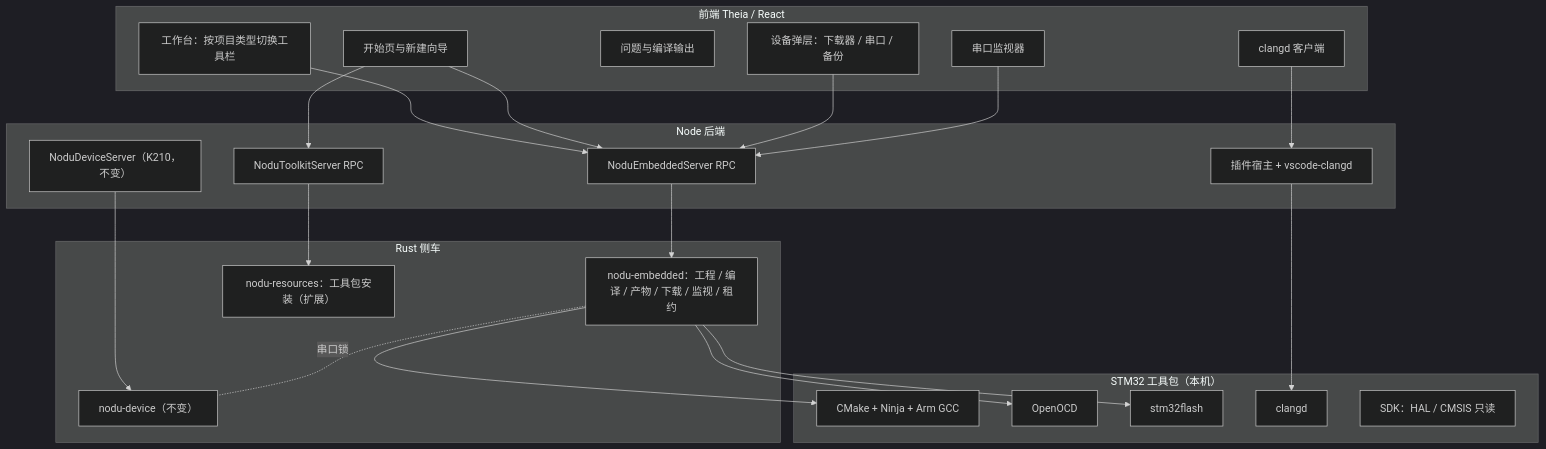
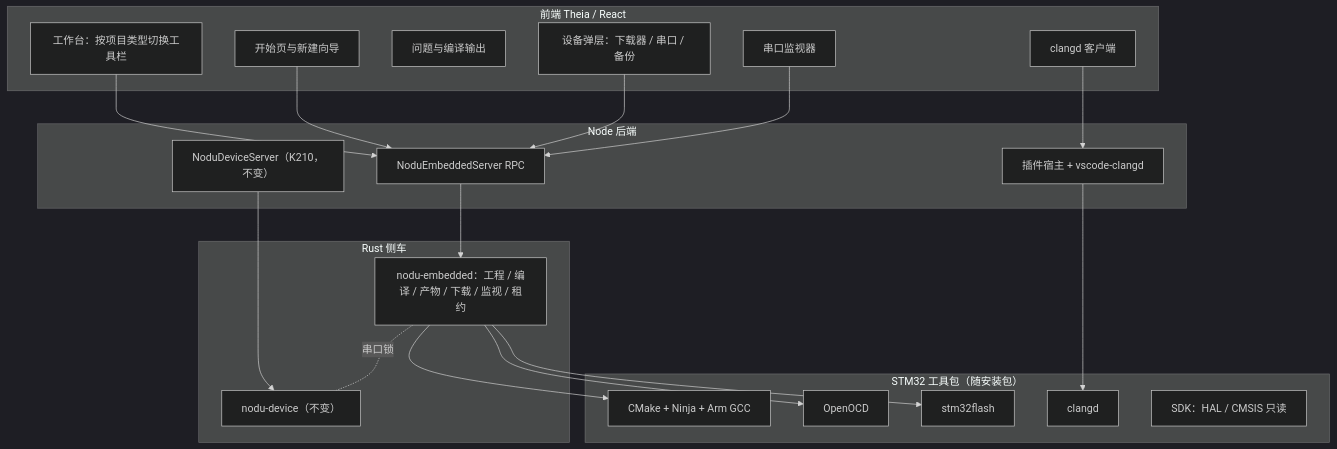
Before and after one commit to libai1024/nodu: the first of 3 diagrams in docs/0.2.1/FUNCTIONAL-DESIGN.md, drawn with Mermaid (dark theme). The commit also changed other lines of this file and 8 other files, not shown here.

First line of the commit message:
Bundle the STM32 toolkit into the installer in the 0.2.1 design

````diff
--- a/docs/0.2.1/FUNCTIONAL-DESIGN.md
+++ b/docs/0.2.1/FUNCTIONAL-DESIGN.md
@@ -7,42 +7,38 @@
 ```mermaid
 flowchart TB
   subgraph FE[前端 Theia / React]
     WB[工作台：按项目类型切换工具栏]
     WIZ[开始页与新建向导]
     PROB[问题与编译输出]
     MON[串口监视器]
     DEV[设备弹层：下载器 / 串口 / 备份]
     LSPC[clangd 客户端]
   end
   subgraph NODE[Node 后端]
     ES[NoduEmbeddedServer RPC]
-    TS[NoduToolkitServer RPC]
     KS[NoduDeviceServer（K210，不变）]
     PH[插件宿主 + vscode-clangd]
   end
   subgraph RUST[Rust 侧车]
     EMB[nodu-embedded：工程 / 编译 / 产物 / 下载 / 监视 / 租约]
-    RES[nodu-resources：工具包安装（扩展）]
     K210[nodu-device（不变）]
   end
-  subgraph TOOLS[STM32 工具包（本机）]
+  subgraph TOOLS[STM32 工具包（随安装包）]
     CMAKE[CMake + Ninja + Arm GCC]
     OCD[OpenOCD]
     SF[stm32flash]
     CLANGD[clangd]
     SDK[SDK：HAL / CMSIS 只读]
   end
   WB --> ES
   WIZ --> ES
   DEV --> ES
   MON --> ES
-  WIZ --> TS
   LSPC --> PH --> CLANGD
   ES --> EMB
-  TS --> RES
   KS --> K210
   EMB --> CMAKE
   EMB --> OCD
   EMB --> SF
   EMB -. 串口锁 .- K210
 ```
````
